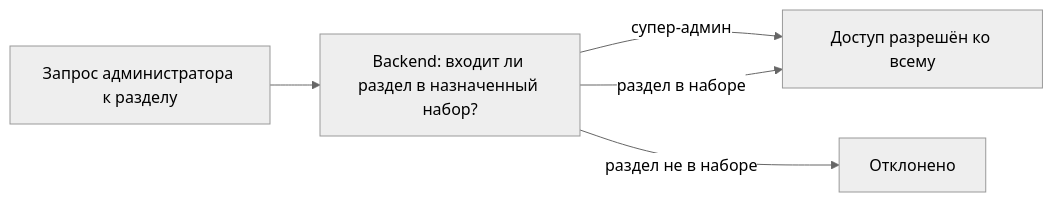
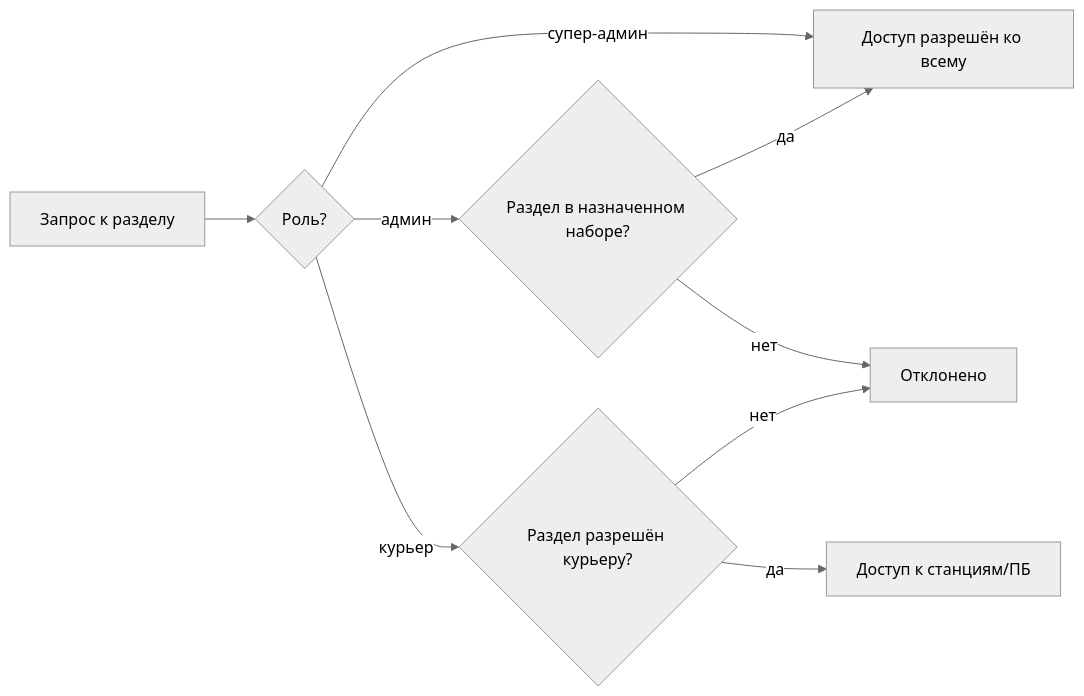
One commit to yatsin11-gif/example changed the second of 3 diagrams in gozap-documentation/sa/docs/admin/admin-roles/diagrams/overview.md. Above: the diagram before and after it, drawn with Mermaid (neutral theme). The commit also changed other lines of this file and 7 other files, not shown here.

First line of the commit message:
admin-roles: add courier role to role model (spec, criteria, tasks, jira, qa, diagrams)

````diff
--- a/gozap-documentation/sa/docs/admin/admin-roles/diagrams/overview.md
+++ b/gozap-documentation/sa/docs/admin/admin-roles/diagrams/overview.md
@@ -22,7 +28,11 @@
 ```mermaid
 flowchart LR
-    REQ[Запрос администратора к разделу] --> CHECK[Backend: входит ли раздел в назначенный набор?]
-    CHECK -->|супер-админ| ALLOW[Доступ разрешён ко всему]
-    CHECK -->|раздел не в наборе| DENY[Отклонено]
-    CHECK -->|раздел в наборе| ALLOW
+    REQ[Запрос к разделу] --> AUTH{Роль?}
+    AUTH -->|супер-админ| ALLOW[Доступ разрешён ко всему]
+    AUTH -->|админ| CHECK{Раздел в назначенном наборе?}
+    CHECK -->|да| ALLOW
+    CHECK -->|нет| DENY[Отклонено]
+    AUTH -->|курьер| CCHECK{Раздел разрешён курьеру?}
+    CCHECK -->|да| CALLOW[Доступ к станциям/ПБ]
+    CCHECK -->|нет| DENY
 ```
````
